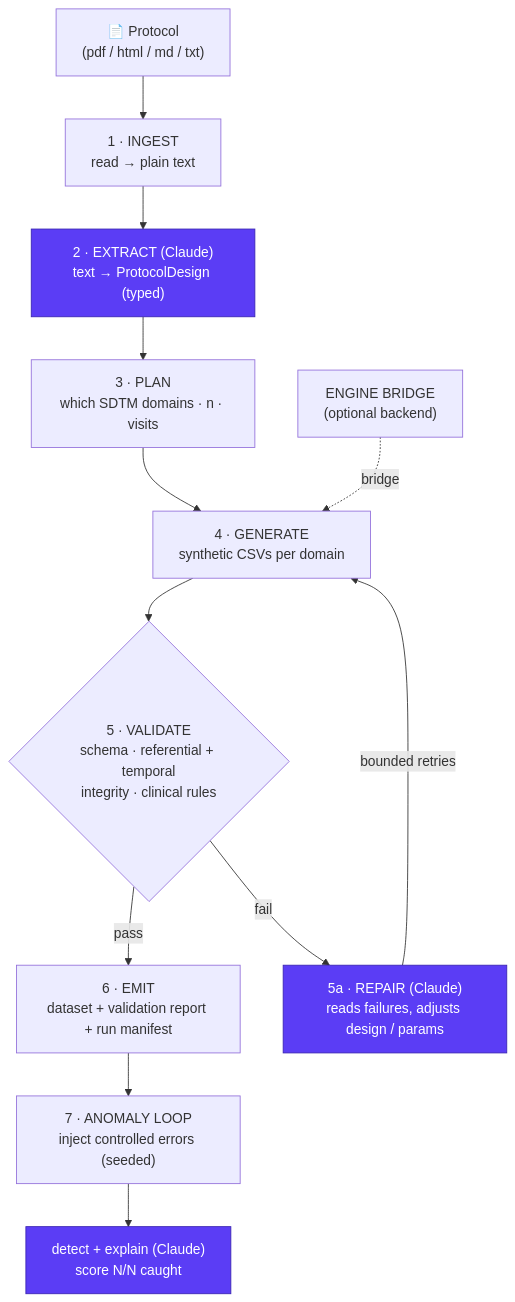
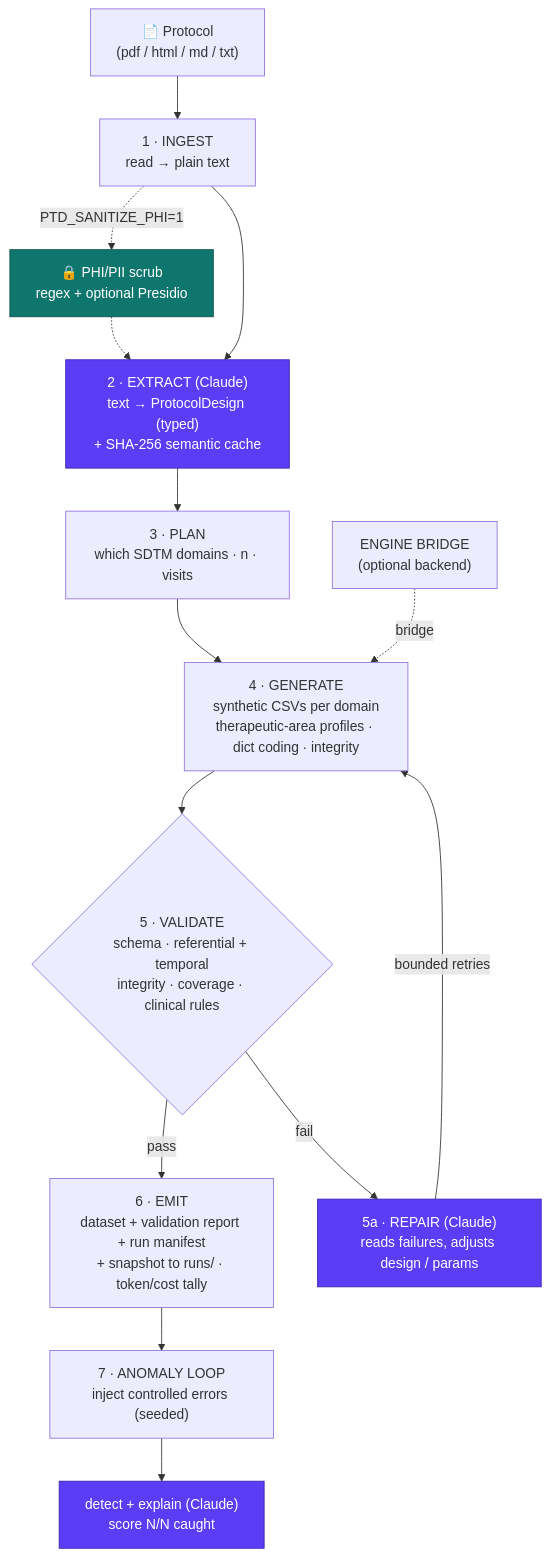
The first of 2 diagrams in docs/ARCHITECTURE.md (chetankumart/protocol-to-data), drawn with Mermaid before and after one commit. The commit also changed other lines of this file and 7 other files, not shown here.

First line of the commit message:
docs+tests: sync all documentation & diagrams with cloud deploy + recent features

````diff
--- a/docs/ARCHITECTURE.md
+++ b/docs/ARCHITECTURE.md
@@ -5,16 +5,19 @@
 ```mermaid
 flowchart TD
     P["📄 Protocol<br/>(pdf / html / md / txt)"] --> I1["1 · INGEST<br/>read → plain text"]
-    I1 --> I2["2 · EXTRACT (Claude)<br/>text → ProtocolDesign (typed)"]:::claude
+    I1 -. "PTD_SANITIZE_PHI=1" .-> SP["🔒 PHI/PII scrub<br/>regex + optional Presidio"]:::opt
+    SP -.-> I2
+    I1 --> I2["2 · EXTRACT (Claude)<br/>text → ProtocolDesign (typed)<br/>+ SHA-256 semantic cache"]:::claude
     I2 --> I3["3 · PLAN<br/>which SDTM domains · n · visits"]
-    I3 --> I4["4 · GENERATE<br/>synthetic CSVs per domain"]
+    I3 --> I4["4 · GENERATE<br/>synthetic CSVs per domain<br/>therapeutic-area profiles · dict coding · integrity"]
     EB["ENGINE BRIDGE<br/>(optional backend)"] -. bridge .-> I4
-    I4 --> I5{"5 · VALIDATE<br/>schema · referential + temporal<br/>integrity · clinical rules"}
-    I5 -- pass --> I6["6 · EMIT<br/>dataset + validation report + run manifest"]
+    I4 --> I5{"5 · VALIDATE<br/>schema · referential + temporal<br/>integrity · coverage · clinical rules"}
+    I5 -- pass --> I6["6 · EMIT<br/>dataset + validation report + run manifest<br/>+ snapshot to runs/ · token/cost tally"]
     I5 -- fail --> I5a["5a · REPAIR (Claude)<br/>reads failures, adjusts design / params"]:::claude
     I5a -- bounded retries --> I4
     I6 --> A1["7 · ANOMALY LOOP<br/>inject controlled errors (seeded)"]
     A1 --> A2["detect + explain (Claude)<br/>score N/N caught"]:::claude
 
     classDef claude fill:#5b3df5,stroke:#3a24b3,color:#ffffff;
+    classDef opt fill:#0f766e,stroke:#0b524b,color:#ffffff;
 ```
````
